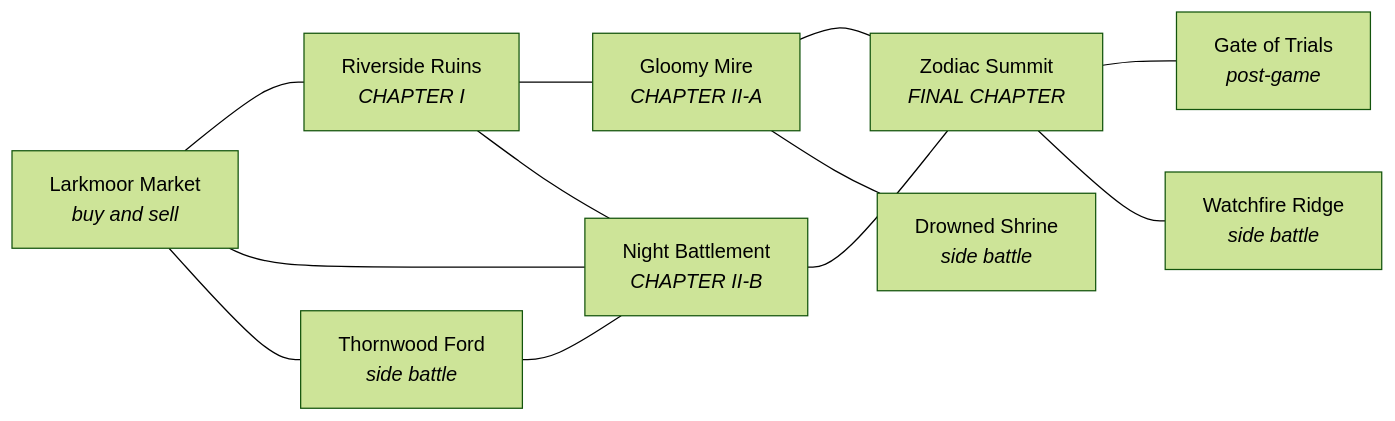
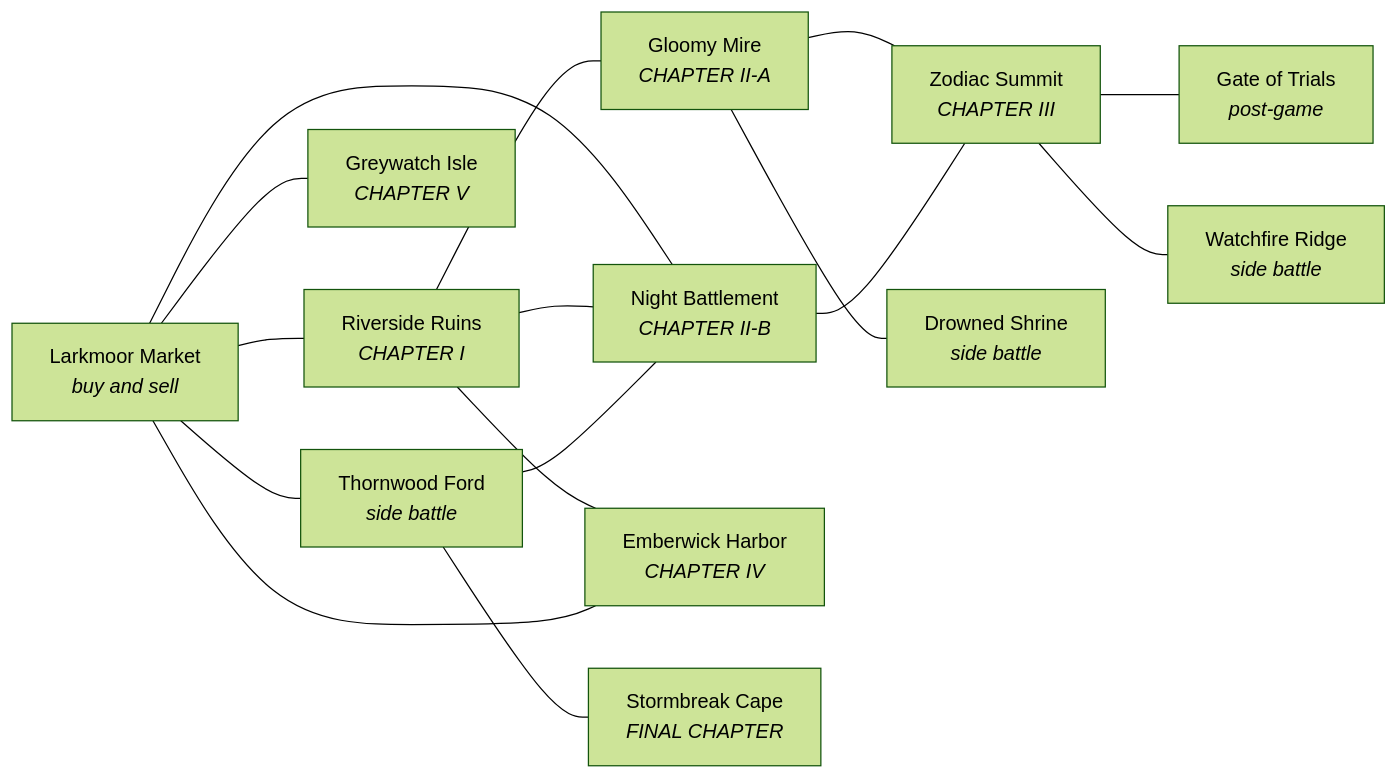
The third of 4 diagrams in docs/CONTENT_REFERENCE.md (CptNope/Chess-RPG-Tactics), drawn with Mermaid (forest theme) before and after one commit. The commit also changed other lines of this file and 29 other files, not shown here.

````diff
--- a/docs/CONTENT_REFERENCE.md
+++ b/docs/CONTENT_REFERENCE.md
@@ -444,23 +444,30 @@
 ```mermaid
 flowchart LR
   market["Larkmoor Market<br/><i>buy and sell</i>"]
   ruins["Riverside Ruins<br/><i>CHAPTER I</i>"]
   mire["Gloomy Mire<br/><i>CHAPTER II-A</i>"]
   battlement["Night Battlement<br/><i>CHAPTER II-B</i>"]
-  summit["Zodiac Summit<br/><i>FINAL CHAPTER</i>"]
+  summit["Zodiac Summit<br/><i>CHAPTER III</i>"]
   trials["Gate of Trials<br/><i>post-game</i>"]
+  harbor["Emberwick Harbor<br/><i>CHAPTER IV</i>"]
+  isle["Greywatch Isle<br/><i>CHAPTER V</i>"]
+  cape["Stormbreak Cape<br/><i>FINAL CHAPTER</i>"]
   thornwood["Thornwood Ford<br/><i>side battle</i>"]
   shrine["Drowned Shrine<br/><i>side battle</i>"]
   ridge["Watchfire Ridge<br/><i>side battle</i>"]
   market --- ruins
   market --- battlement
   ruins --- mire
   ruins --- battlement
   mire --- summit
   battlement --- summit
   summit --- trials
   market --- thornwood
   thornwood --- battlement
   mire --- shrine
   summit --- ridge
+  ruins --- harbor
+  market --- harbor
+  market --- isle
+  thornwood --- cape
 ```
````
